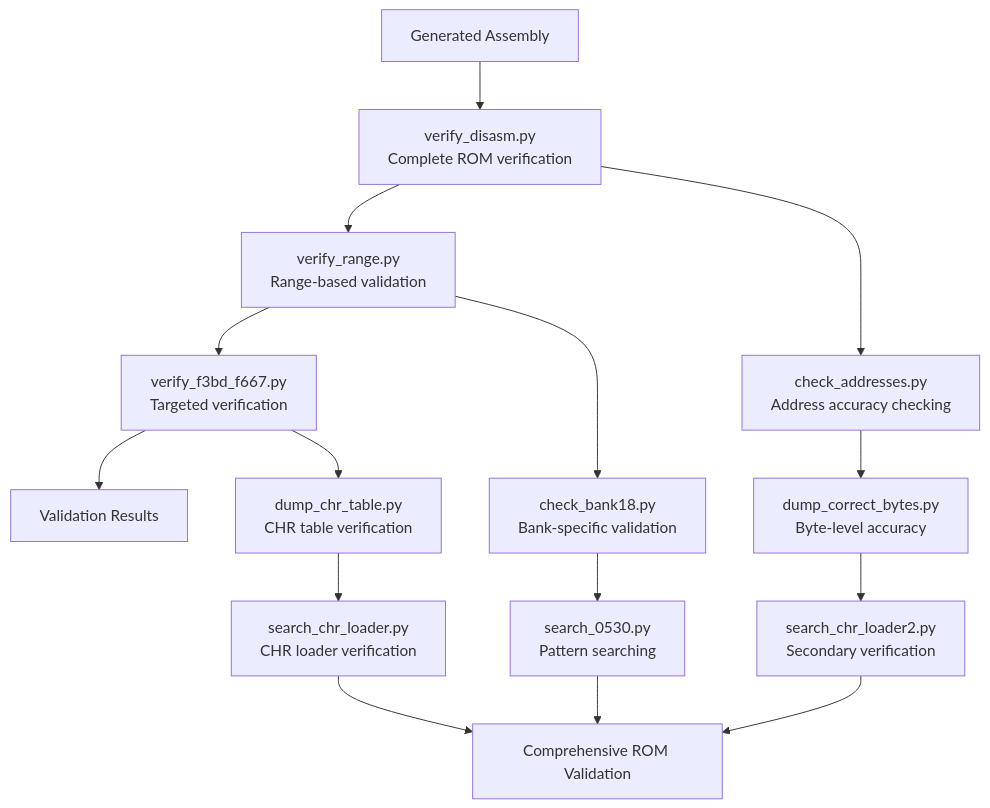
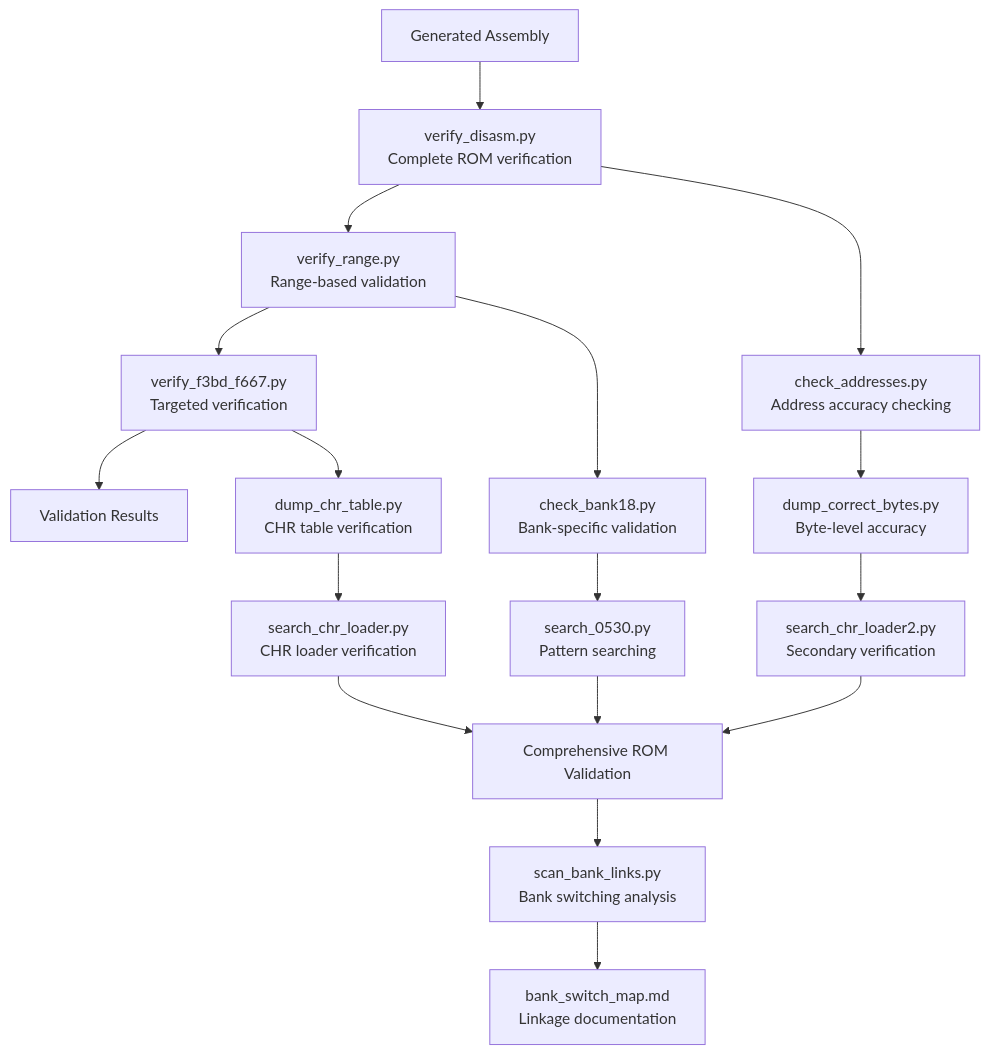
The ninth of 10 diagrams in .qoder/repowiki/en/content/ROM Analysis and Understanding/ROM Analysis and Understanding.md (rabbyzero/sango2dasm), drawn with Mermaid before and after one commit. The commit also changed other lines of this file and 33 other files, not shown here.

````diff
--- a/.qoder/repowiki/en/content/ROM Analysis and Understanding/ROM Analysis and Understanding.md
+++ b/.qoder/repowiki/en/content/ROM Analysis and Understanding/ROM Analysis and Understanding.md
@@ -506,17 +533,19 @@
 ```mermaid
 flowchart TD
 A["Generated Assembly"] --> B["verify_disasm.py<br/>Complete ROM verification"]
 B --> C["verify_range.py<br/>Range-based validation"]
 C --> D["verify_f3bd_f667.py<br/>Targeted verification"]
 D --> E["Validation Results"]
 B --> F["check_addresses.py<br/>Address accuracy checking"]
 C --> G["check_bank18.py<br/>Bank-specific validation"]
 D --> H["dump_chr_table.py<br/>CHR table verification"]
 F --> I["dump_correct_bytes.py<br/>Byte-level accuracy"]
 G --> J["search_0530.py<br/>Pattern searching"]
 H --> K["search_chr_loader.py<br/>CHR loader verification"]
 I --> L["search_chr_loader2.py<br/>Secondary verification"]
 J --> M["Comprehensive ROM Validation"]
 K --> M
 L --> M
+M --> N["scan_bank_links.py<br/>Bank switching analysis"]
+N --> O["bank_switch_map.md<br/>Linkage documentation"]
 ```
````
